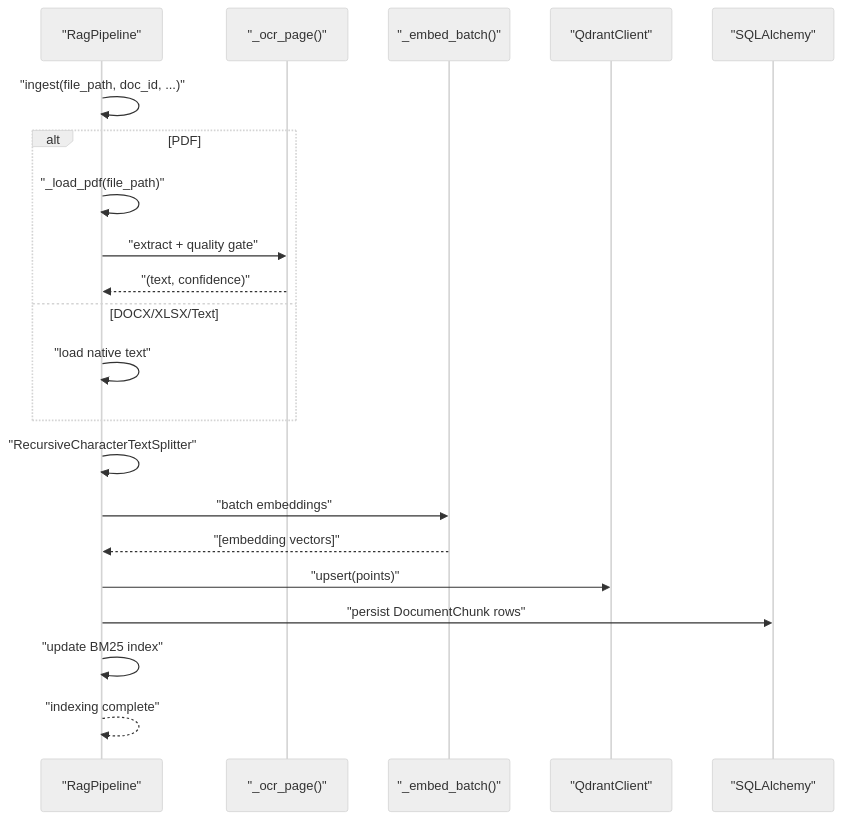
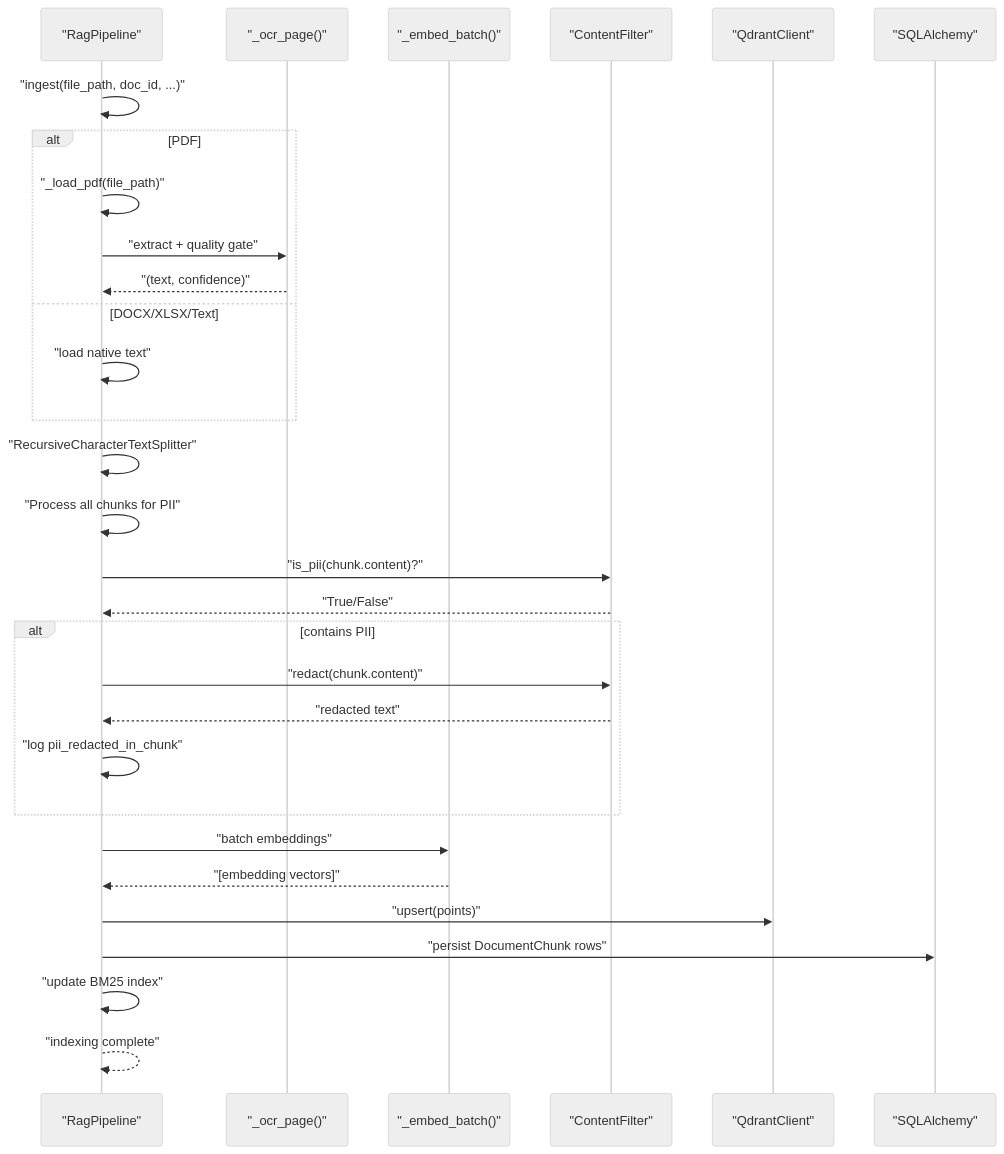
Before and after one commit to genes8/private-ai: the fifth of 11 diagrams in .qoder/repowiki/en/content/Backend Development/Service Layer/RAG Pipeline Service.md, drawn with Mermaid (neutral theme). The commit also changed other lines of this file and 55 other files, not shown here.

````diff
--- a/.qoder/repowiki/en/content/Backend Development/Service Layer/RAG Pipeline Service.md
+++ b/.qoder/repowiki/en/content/Backend Development/Service Layer/RAG Pipeline Service.md
@@ -267,23 +295,32 @@
 ```mermaid
 sequenceDiagram
 participant SVC as "RagPipeline"
 participant OCR as "_ocr_page()"
 participant EMB as "_embed_batch()"
+participant CF as "ContentFilter"
 participant QD as "QdrantClient"
 participant DB as "SQLAlchemy"
 SVC->>SVC : "ingest(file_path, doc_id, ...)"
 alt PDF
 SVC->>SVC : "_load_pdf(file_path)"
 SVC->>OCR : "extract + quality gate"
 OCR-->>SVC : "(text, confidence)"
 else DOCX/XLSX/Text
 SVC->>SVC : "load native text"
 end
 SVC->>SVC : "RecursiveCharacterTextSplitter"
+SVC->>SVC : "Process all chunks for PII"
+SVC->>CF : "is_pii(chunk.content)?"
+CF-->>SVC : "True/False"
+alt contains PII
+SVC->>CF : "redact(chunk.content)"
+CF-->>SVC : "redacted text"
+SVC->>SVC : "log pii_redacted_in_chunk"
+end
 SVC->>EMB : "batch embeddings"
 EMB-->>SVC : "[embedding vectors]"
 SVC->>QD : "upsert(points)"
 SVC->>DB : "persist DocumentChunk rows"
 SVC->>SVC : "update BM25 index"
 SVC-->>SVC : "indexing complete"
 ```
````
